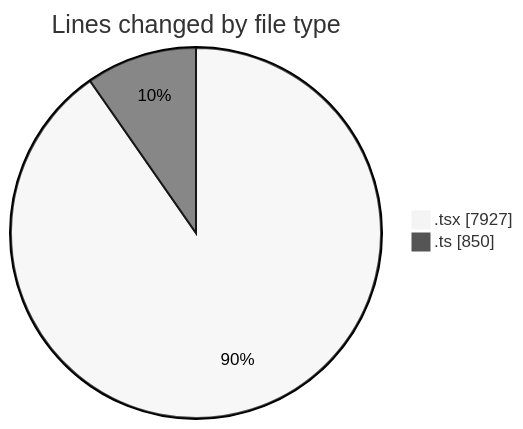
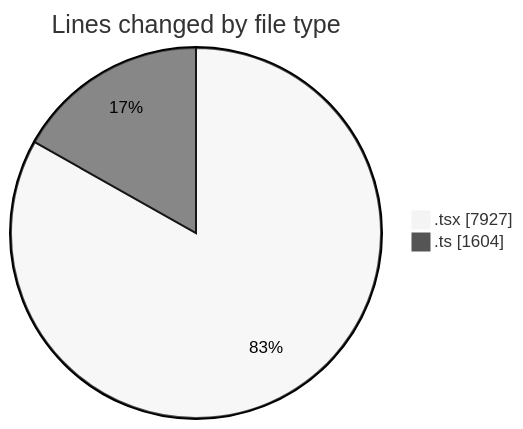
The first of 2 diagrams in 2026-03-10/nxtqube_webapp/README.md (nxtqubesakshisongat/code-tracking), drawn with Mermaid (neutral theme) before and after one commit. The commit also changed other lines of this file and 1 other file, not shown here.

````diff
--- a/2026-03-10/nxtqube_webapp/README.md
+++ b/2026-03-10/nxtqube_webapp/README.md
@@ -41,6 +42,6 @@
 ```mermaid
 pie showData
 title Lines changed by file type
 ".tsx" : 7927
-".ts" : 850
+".ts" : 1604
 ```
````
